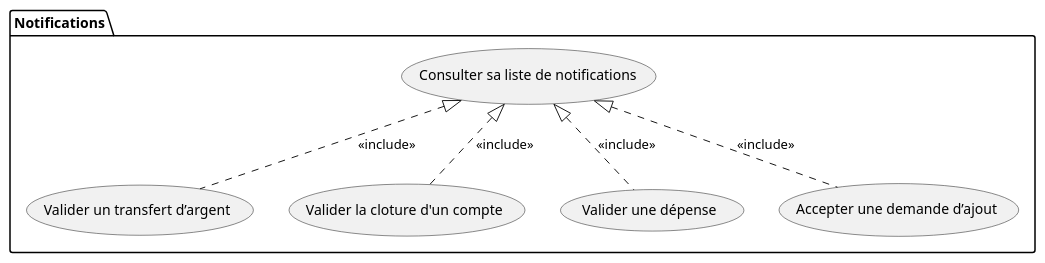
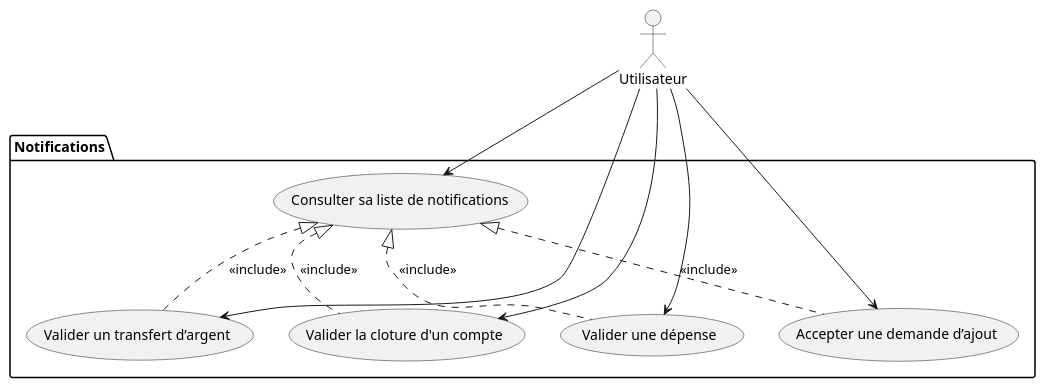
The diagram in diagrammes/specification/cas-utilisation/package-notifications.puml (lmtb06/sharecount), drawn with PlantUML before and after one commit. The commit also changed 7 other files, not shown here.

Commit message:
- Actualisation diagramme de package - Ajout de la creation de compte pour admin - Correction de differents diagrammes de séquence

```diff
--- a/diagrammes/specification/cas-utilisation/package-notifications.puml
+++ b/diagrammes/specification/cas-utilisation/package-notifications.puml
@@ -1,17 +1,25 @@
-@startuml Cas utilisation - Gestion des dépenses
+@startuml Gestion des dépenses
+
+actor "Utilisateur" as User
 
 package Notifications {
 		usecase "Consulter sa liste de notifications" as cln
 		usecase "Valider un transfert d’argent" as vuta
 		usecase "Valider la cloture d'un compte" as vcc
 		usecase "Valider une dépense" as vud
 		usecase "Accepter une demande d’ajout" as auda
 
 		cln <|.. auda : <<include>>
 		cln <|.. vud : <<include>>
 		cln <|.. vcc : <<include>>
 		cln <|.. vuta : <<include>>
 
 }
 
+User --> cln
+User --> auda
+User --> vud
+User --> vcc
+User --> vuta
+
 @enduml
```
